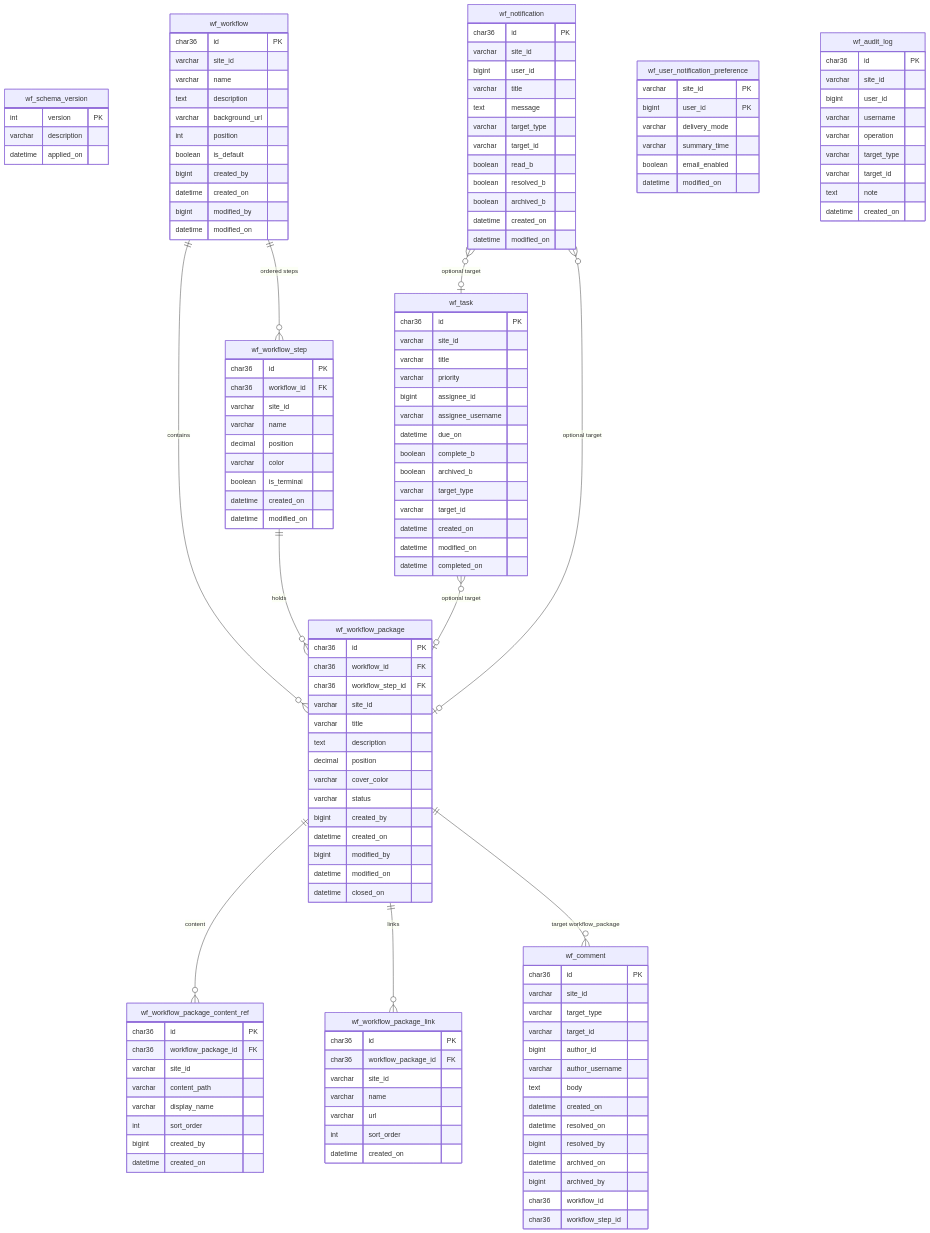
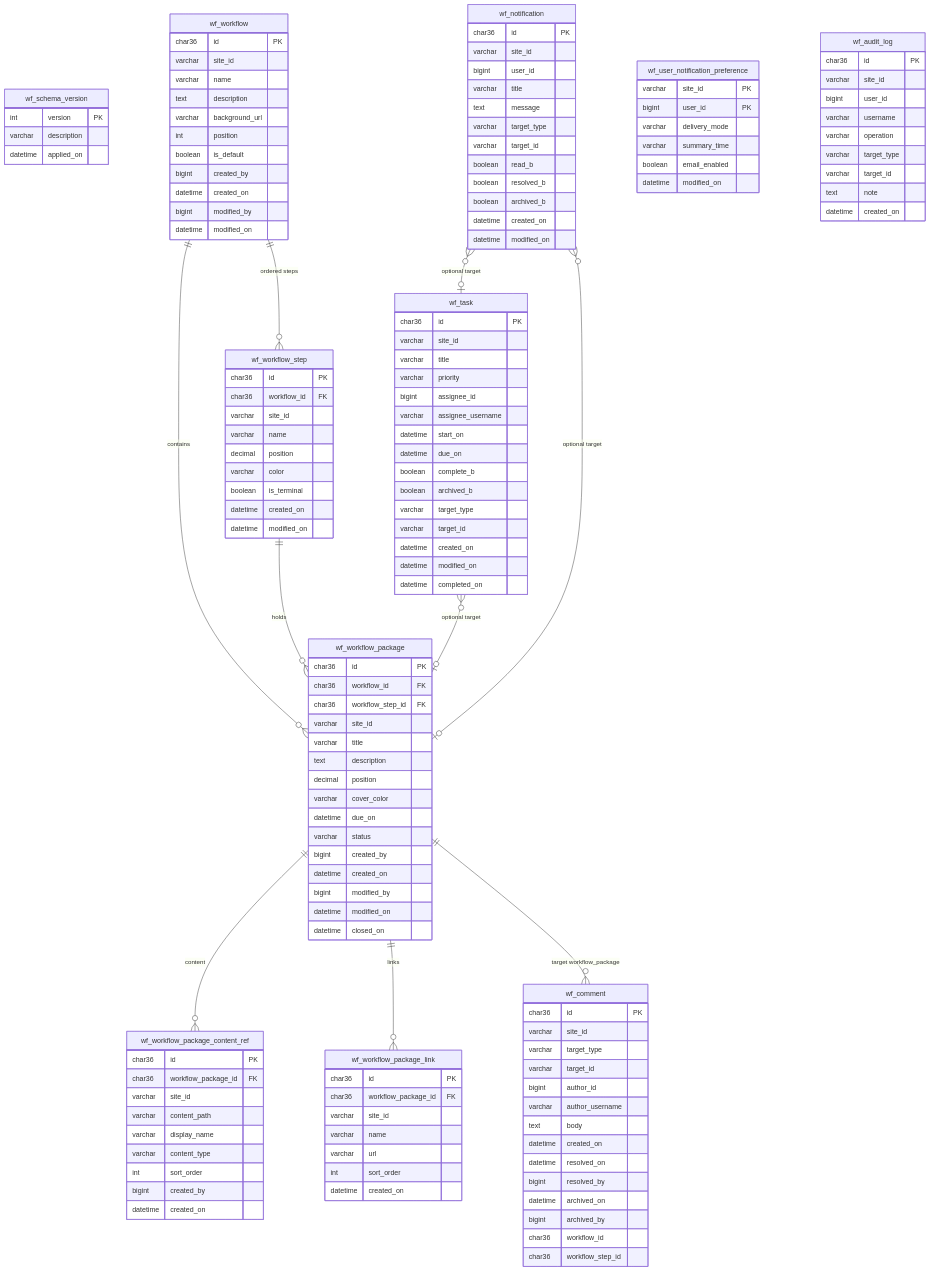
Before and after one commit to russdanner/plugin-studio-workflow: the first of 3 diagrams in docs/DATABASE_SCHEMA.md, drawn with Mermaid. The commit also changed other lines of this file and 58 other files, not shown here.

```diff
--- a/docs/DATABASE_SCHEMA.md
+++ b/docs/DATABASE_SCHEMA.md
@@ -74,6 +74,7 @@
         text description
         decimal position
         varchar cover_color
+        datetime due_on
         varchar status
         bigint created_by
         datetime created_on
@@ -88,6 +89,7 @@
         varchar site_id
         varchar content_path
         varchar display_name
+        varchar content_type
         int sort_order
         bigint created_by
         datetime created_on
@@ -151,6 +153,7 @@
         varchar priority
         bigint assignee_id
         varchar assignee_username
+        datetime start_on
         datetime due_on
         boolean complete_b
         boolean archived_b
```
